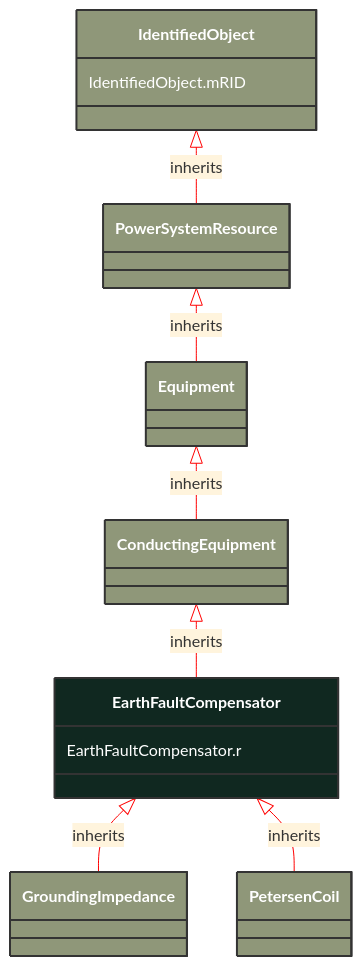
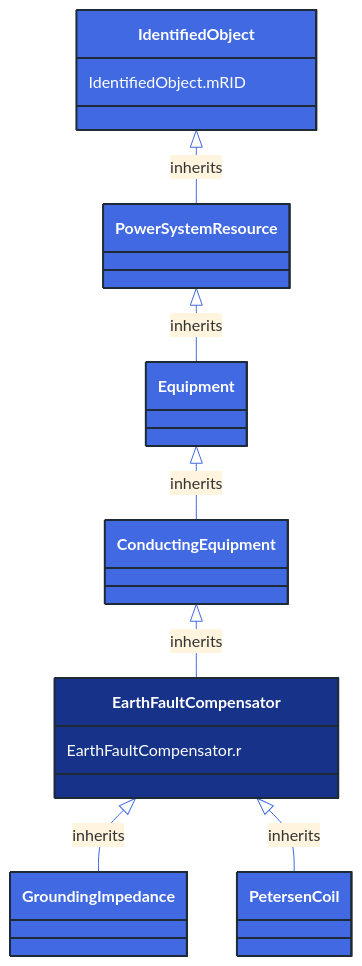
The diagram in docs/Models/Profiles/ShortCircuit/AbstractClasses/EarthFaultCompensator.md (3lbits/NoCIMExtensions), drawn with Mermaid before and after one commit. The commit also changed 362 other files, not shown here.

First line of the commit message:
Update diagrams and styles for improved visual consistency

````diff
--- a/docs/Models/Profiles/ShortCircuit/AbstractClasses/EarthFaultCompensator.md
+++ b/docs/Models/Profiles/ShortCircuit/AbstractClasses/EarthFaultCompensator.md
@@ -10,40 +10,40 @@
 ```mermaid
-%%{init: {'theme':'base','themeVariables': {'lineColor': '#FF0000'}}}%%
+%%{init: {'theme':'base','themeVariables': {'lineColor': '#4169E1'}}}%%
 classDiagram
     class EarthFaultCompensator
     click EarthFaultCompensator href "/Models/Profiles/ShortCircuit/AbstractClasses/EarthFaultCompensator/"
-    style EarthFaultCompensator fill:#102820,stroke:#333,stroke-width:2px,rx:10,ry:10,color:white
+    style EarthFaultCompensator fill:#163289,stroke:#1F2A37,stroke-width:2px,rx:10,ry:10,color:white
 
         EarthFaultCompensator <|-- GroundingImpedance : inherits
 
         GroundingImpedance
             click GroundingImpedance href "/Models/Profiles/ShortCircuit/ConcreteClasses/GroundingImpedance/"
-            style GroundingImpedance fill:#8F9779,stroke:#333,stroke-width:2px,rx:10,ry:10,color:white
+            style GroundingImpedance fill:#4169E1,stroke:#1F2A37,stroke-width:2px,rx:10,ry:10,color:white
 
         EarthFaultCompensator <|-- PetersenCoil : inherits
 
         PetersenCoil
             click PetersenCoil href "/Models/Profiles/ShortCircuit/ConcreteClasses/PetersenCoil/"
-            style PetersenCoil fill:#8F9779,stroke:#333,stroke-width:2px,rx:10,ry:10,color:white
+            style PetersenCoil fill:#4169E1,stroke:#1F2A37,stroke-width:2px,rx:10,ry:10,color:white
      
         ConductingEquipment <|-- EarthFaultCompensator : inherits
             click ConductingEquipment href "/Models/Profiles/ShortCircuit/AbstractClasses/ConductingEquipment/"
-            style ConductingEquipment fill:#8F9779,stroke:#333,stroke-width:2px,rx:10,ry:10,color:white
+            style ConductingEquipment fill:#4169E1,stroke:#1F2A37,stroke-width:2px,rx:10,ry:10,color:white
      
         Equipment <|-- ConductingEquipment : inherits
             click Equipment href "/Models/Profiles/ShortCircuit/AbstractClasses/Equipment/"
-            style Equipment fill:#8F9779,stroke:#333,stroke-width:2px,rx:10,ry:10,color:white
+            style Equipment fill:#4169E1,stroke:#1F2A37,stroke-width:2px,rx:10,ry:10,color:white
      
         PowerSystemResource <|-- Equipment : inherits
             click PowerSystemResource href "/Models/Profiles/ShortCircuit/AbstractClasses/PowerSystemResource/"
-            style PowerSystemResource fill:#8F9779,stroke:#333,stroke-width:2px,rx:10,ry:10,color:white
+            style PowerSystemResource fill:#4169E1,stroke:#1F2A37,stroke-width:2px,rx:10,ry:10,color:white
      
         IdentifiedObject <|-- PowerSystemResource : inherits
             click IdentifiedObject href "/Models/Profiles/ShortCircuit/AbstractClasses/IdentifiedObject/"
-            style IdentifiedObject fill:#8F9779,stroke:#333,stroke-width:2px,rx:10,ry:10,color:white
+            style IdentifiedObject fill:#4169E1,stroke:#1F2A37,stroke-width:2px,rx:10,ry:10,color:white
 
 
 
         EarthFaultCompensator : EarthFaultCompensator.r
         IdentifiedObject : IdentifiedObject.mRID
 ```
````
